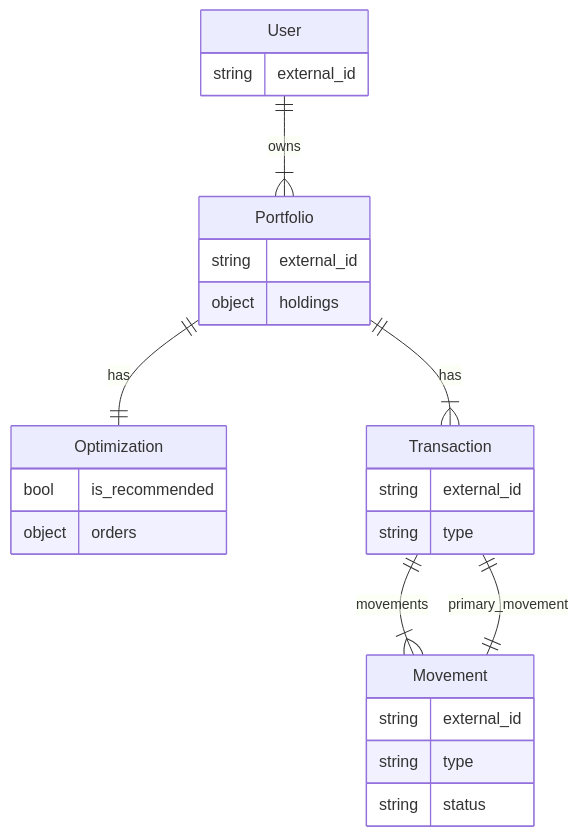
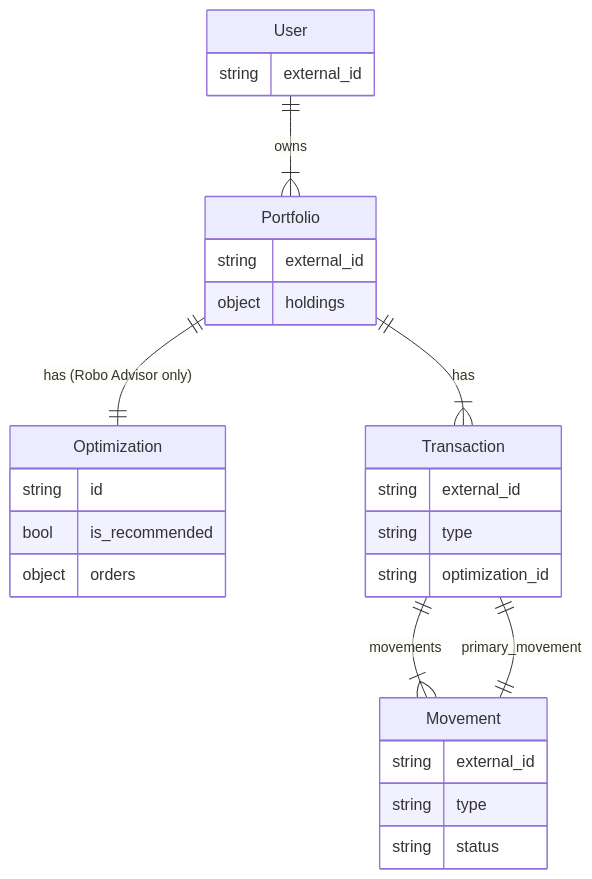
The first of 2 diagrams in docs/concepts/transactions.md (arcilli/investsuite-api-docs), drawn with Mermaid before and after one commit. The commit also changed other lines of this file, not shown here.

````diff
--- a/docs/concepts/transactions.md
+++ b/docs/concepts/transactions.md
@@ -21,29 +21,31 @@
 ```mermaid
 erDiagram
     User {
         string external_id
     }
     Portfolio {
         string external_id
         object holdings
     }
     Optimization {
+        string id
         bool is_recommended
         object orders
     }
     Transaction {
         string external_id
         string type
+        string optimization_id
     }
     Movement {
         string external_id
         string type
         string status
     }
 
     User ||--|{ Portfolio: owns
-    Portfolio ||--|| Optimization: has
+    Portfolio ||--|| Optimization: "has (Robo Advisor only)"
     Portfolio ||--|{ Transaction: has
     Transaction ||--|{ Movement: movements
     Transaction ||--|| Movement: primary_movement
 ```
````
